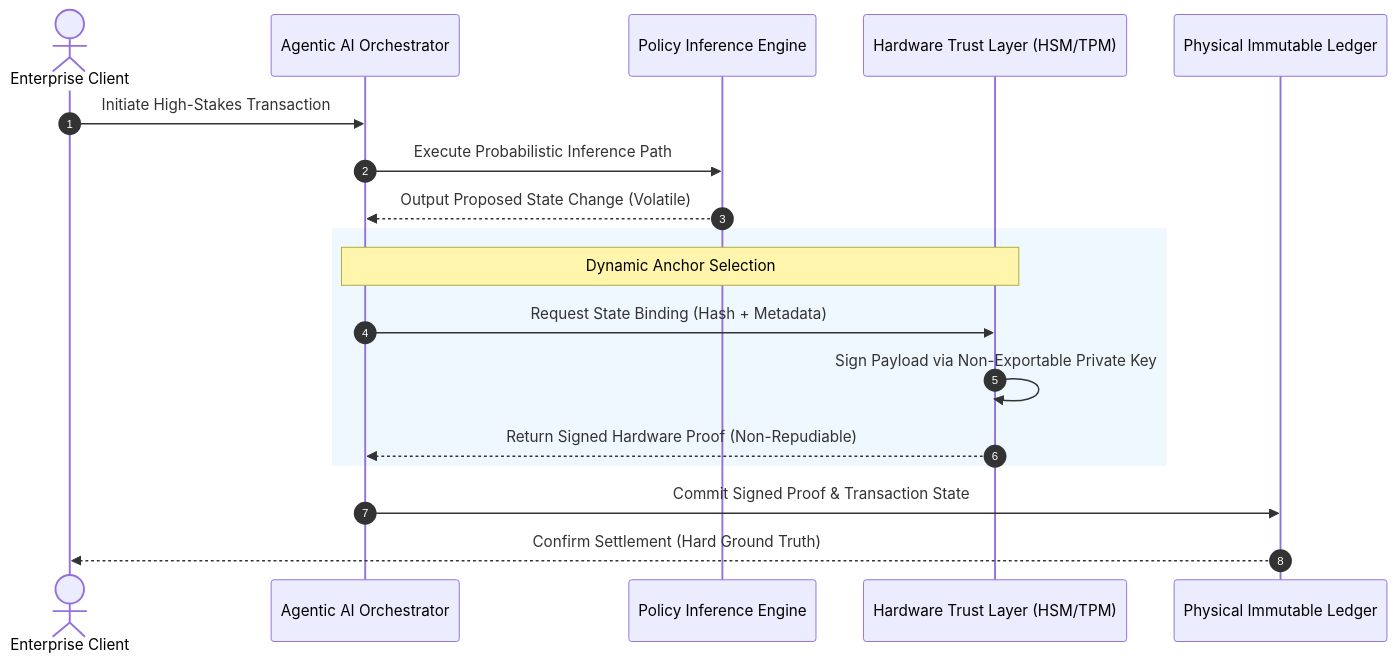
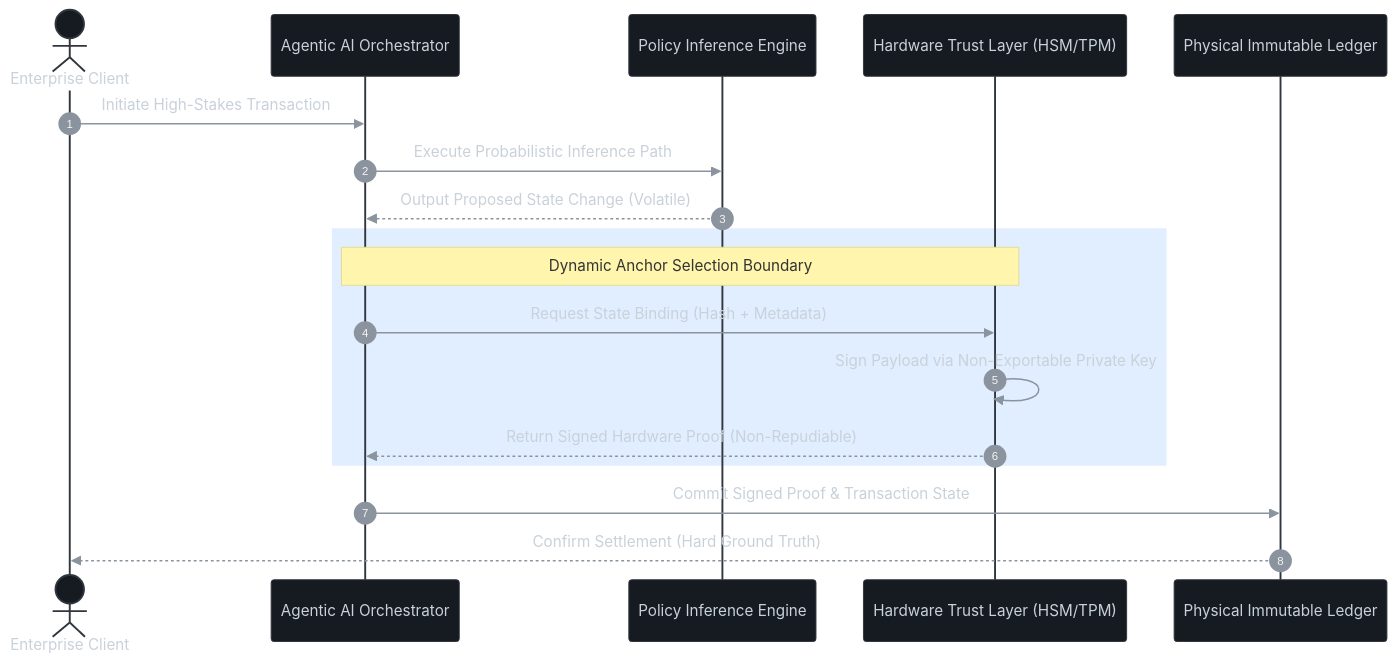
Before and after one commit to 26200602/SIA-Agentic-AI-Architecture: the first of 2 diagrams in docs/10_RFC-002-Physical-Anchor-Sovereignty.md, drawn with Mermaid. The commit also changed other lines of this file, not shown here.

Commit message:
Update 10_RFC-002-Physical-Anchor-Sovereignty.md
mermaid color updated

````diff
--- a/docs/10_RFC-002-Physical-Anchor-Sovereignty.md
+++ b/docs/10_RFC-002-Physical-Anchor-Sovereignty.md
@@ -39,23 +39,24 @@
 ```mermaid
+%%{init: {'theme': 'base', 'themeVariables': { 'rectBorderColor': '#30363d', 'actorBkg': '#161b22', 'actorTextColor': '#c9d1d9', 'actorBorder': '#30363d', 'signalColor': '#8b949e', 'signalTextColor': '#c9d1d9', 'labelBoxBkgColor': '#161b22', 'labelBoxBorderColor': '#30363d', 'labelTextColor': '#c9d1d9'}}}%%
 sequenceDiagram
     autonumber
     actor User as Enterprise Client
     participant Agent as Agentic AI Orchestrator
     participant Engine as Policy Inference Engine
     participant HSM as Hardware Trust Layer (HSM/TPM)
     participant Ledger as Physical Immutable Ledger
 
     User->>Agent: Initiate High-Stakes Transaction
     Agent->>Engine: Execute Probabilistic Inference Path
     Engine-->>Agent: Output Proposed State Change (Volatile)
     
-    rect rgb(240, 248, 255)
-        note over Agent, HSM: Dynamic Anchor Selection
+    rect rgba(56, 139, 253, 0.15)
+        note over Agent, HSM: Dynamic Anchor Selection Boundary
         Agent->>HSM: Request State Binding (Hash + Metadata)
         HSM->>HSM: Sign Payload via Non-Exportable Private Key
         HSM-->>Agent: Return Signed Hardware Proof (Non-Repudiable)
     end
 
     Agent->>Ledger: Commit Signed Proof & Transaction State
     Ledger-->>User: Confirm Settlement (Hard Ground Truth)
 ```
````
